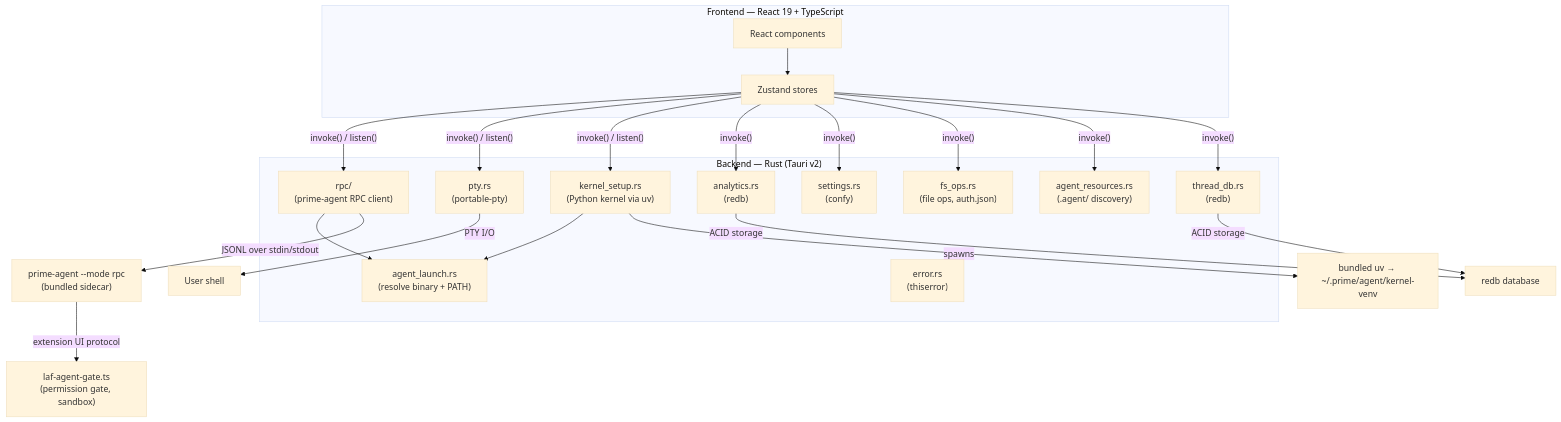
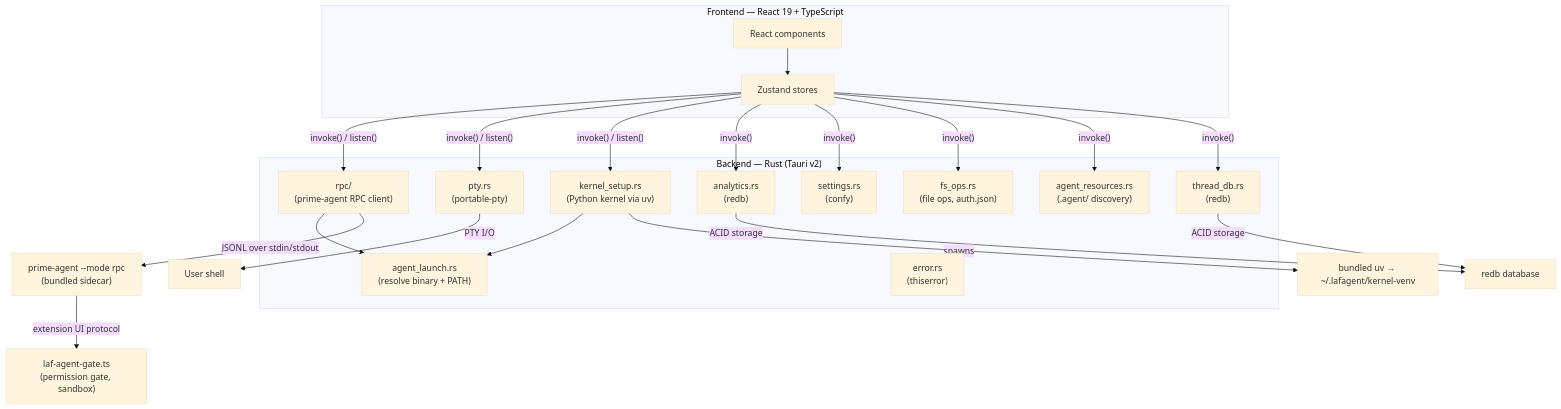
One commit to LAF-labs/prime changed the first of 2 diagrams in docs/architecture.md. Above: the diagram before and after it, drawn with Mermaid (base theme). The commit also changed other lines of this file and 27 other files, not shown here.

````diff
--- a/docs/architecture.md
+++ b/docs/architecture.md
@@ -9,39 +9,39 @@
 ```mermaid
 graph TD
   subgraph Frontend["Frontend — React 19 + TypeScript"]
     Zustand["Zustand stores"]
     Components["React components"]
     Components --> Zustand
   end
 
   subgraph Backend["Backend — Rust (Tauri v2)"]
     RPC["rpc/<br/>(prime-agent RPC client)"]
     Launch["agent_launch.rs<br/>(resolve binary + PATH)"]
     Kernel["kernel_setup.rs<br/>(Python kernel via uv)"]
     PTY["pty.rs<br/>(portable-pty)"]
     Analytics["analytics.rs<br/>(redb)"]
     ThreadDB["thread_db.rs<br/>(redb)"]
     Settings["settings.rs<br/>(confy)"]
     FsOps["fs_ops.rs<br/>(file ops, auth.json)"]
     AgentResources["agent_resources.rs<br/>(.agent/ discovery)"]
     Error["error.rs<br/>(thiserror)"]
   end
 
   Zustand -- "invoke() / listen()" --> RPC
   Zustand -- "invoke() / listen()" --> PTY
   Zustand -- "invoke() / listen()" --> Kernel
   Zustand -- "invoke()" --> Analytics
   Zustand -- "invoke()" --> Settings
   Zustand -- "invoke()" --> FsOps
   Zustand -- "invoke()" --> AgentResources
   Zustand -- "invoke()" --> ThreadDB
 
   RPC --> Launch
   Kernel --> Launch
   RPC -- "JSONL over stdin/stdout" --> Agent["prime-agent --mode rpc<br/>(bundled sidecar)"]
   Agent -- "extension UI protocol" --> Gate["laf-agent-gate.ts<br/>(permission gate, sandbox)"]
-  Kernel -- "spawns" --> Uv["bundled uv → ~/.prime/agent/kernel-venv"]
+  Kernel -- "spawns" --> Uv["bundled uv → ~/.lafagent/kernel-venv"]
   PTY -- "PTY I/O" --> Shell["User shell"]
   Analytics -- "ACID storage" --> ReDB["redb database"]
   ThreadDB -- "ACID storage" --> ReDB
 ```
````
